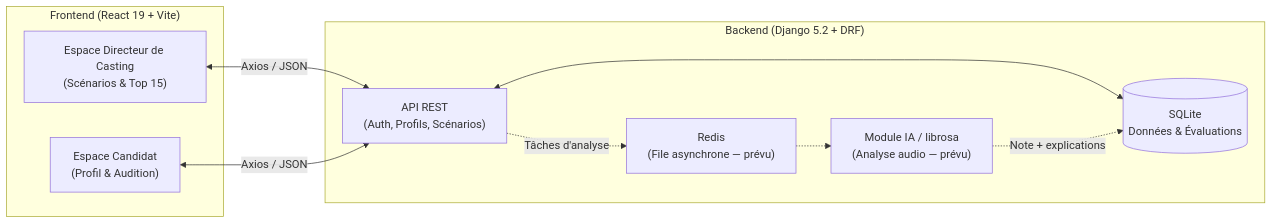
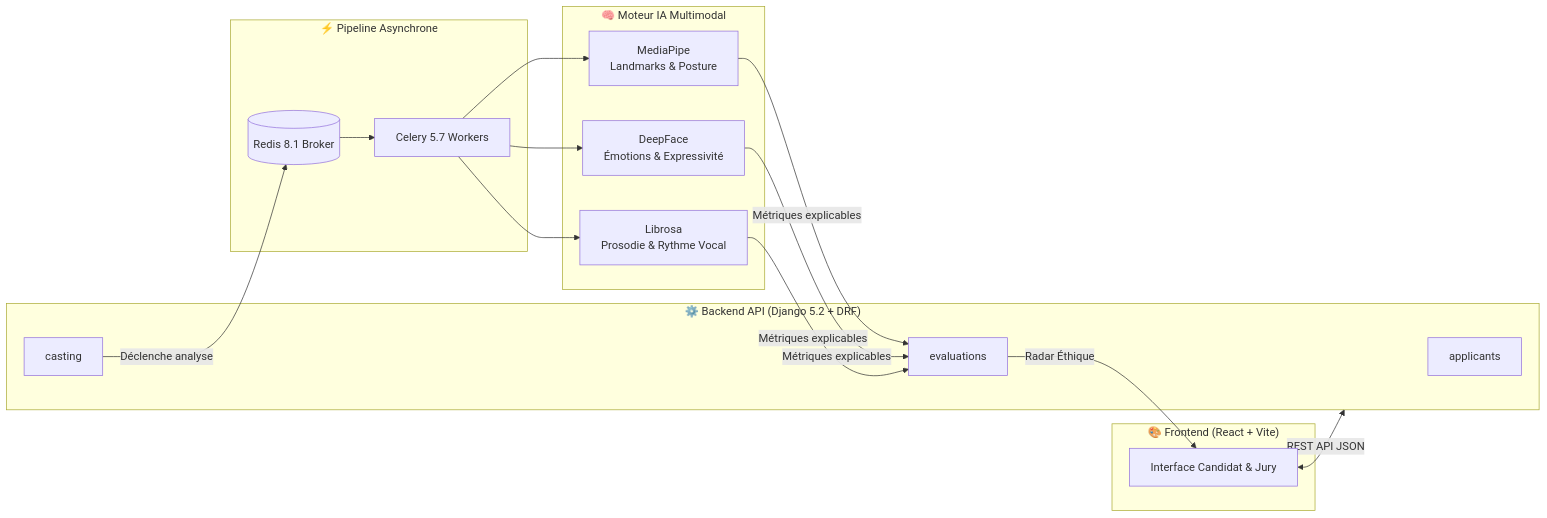
The diagram in README.md (aloui-adem/react_1), drawn with Mermaid before and after one commit. The commit also changed other lines of this file, not shown here.

````diff
--- a/README.md
+++ b/README.md
@@ -42,21 +82,34 @@
 ```mermaid
 flowchart LR
-    subgraph Frontend ["Frontend (React 19 + Vite)"]
-        UI_CD["Espace Directeur de Casting\n(Scénarios & Top 15)"]
-        UI_CA["Espace Candidat\n(Profil & Audition)"]
+    subgraph Frontend["🎨 Frontend (React + Vite)"]
+        UI["Interface Candidat & Jury"]
     end
 
-    subgraph Backend ["Backend (Django 5.2 + DRF)"]
-        API["API REST\n(Auth, Profils, Scénarios)"]
-        DB[("SQLite\nDonnées & Évaluations")]
-        QUEUE["Redis\n(File asynchrone — prévu)"]
-        AI["Module IA / librosa\n(Analyse audio — prévu)"]
+    subgraph Backend["⚙️ Backend API (Django 5.2 + DRF)"]
+        APP["applicants"]
+        CAST["casting"]
+        EVAL["evaluations"]
     end
 
-    UI_CD <-->|Axios / JSON| API
-    UI_CA <-->|Axios / JSON| API
-    API <--> DB
-    API -.->|Tâches d'analyse| QUEUE
-    QUEUE -.-> AI
-    AI -.->|Note + explications| DB
+    subgraph Async["⚡ Pipeline Asynchrone"]
+        REDIS[("Redis 8.1 Broker")]
+        CELERY["Celery 5.7 Workers"]
+    end
+
+    subgraph AI["🧠 Moteur IA Multimodal"]
+        MP["MediaPipe\nLandmarks & Posture"]
+        DF["DeepFace\nÉmotions & Expressivité"]
+        LIB["Librosa\nProsodie & Rythme Vocal"]
+    end
+
+    UI <-->|REST API JSON| Backend
+    CAST -->|Déclenche analyse| REDIS
+    REDIS --> CELERY
+    CELERY --> MP
+    CELERY --> DF
+    CELERY --> LIB
+    MP -->|Métriques explicables| EVAL
+    DF -->|Métriques explicables| EVAL
+    LIB -->|Métriques explicables| EVAL
+    EVAL -->|Radar Éthique| UI
 ```
````
